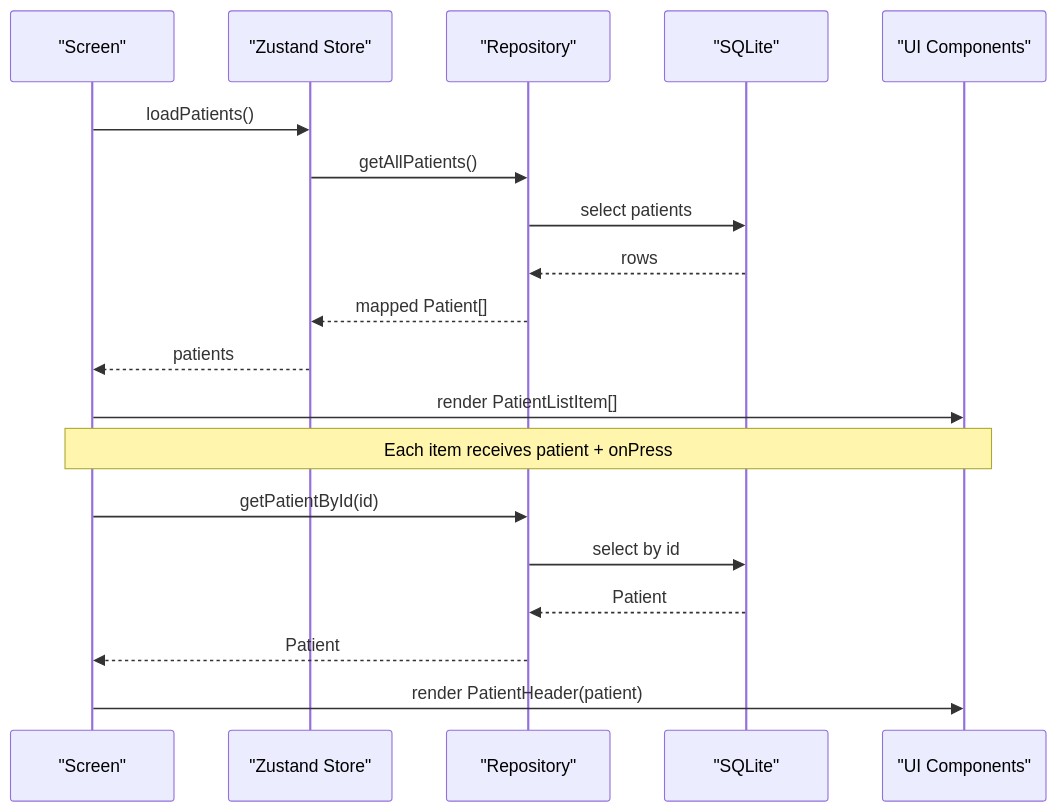
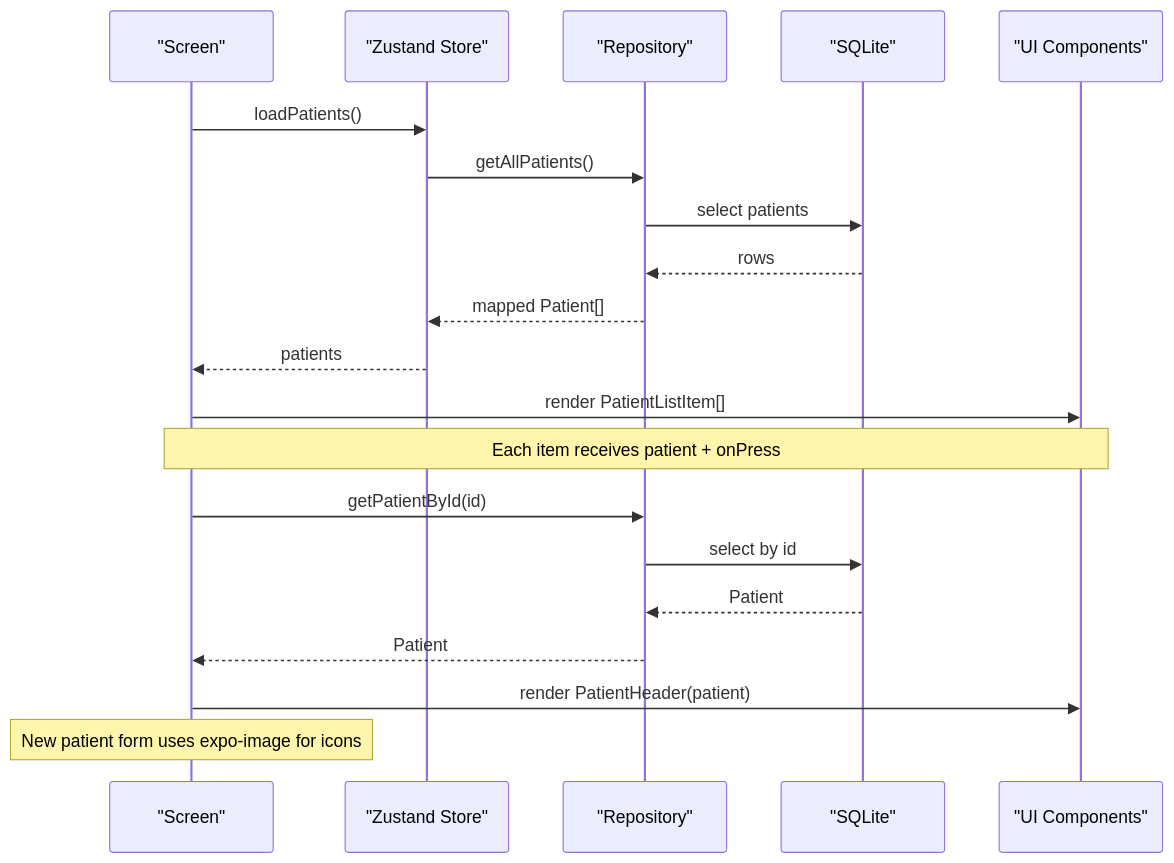
Before and after one commit to AdeelTahir-SE/DermSight: the second of 10 diagrams in .qoder/repowiki/en/content/Patient Management/UI Components.md, drawn with Mermaid. The commit also changed other lines of this file and 19 other files, not shown here.

````diff
--- a/.qoder/repowiki/en/content/Patient Management/UI Components.md
+++ b/.qoder/repowiki/en/content/Patient Management/UI Components.md
@@ -120,21 +144,22 @@
 ```mermaid
 sequenceDiagram
 participant Screen as "Screen"
 participant Store as "Zustand Store"
 participant Repo as "Repository"
 participant DB as "SQLite"
 participant Comp as "UI Components"
 Screen->>Store : loadPatients()
 Store->>Repo : getAllPatients()
 Repo->>DB : select patients
 DB-->>Repo : rows
 Repo-->>Store : mapped Patient[]
 Store-->>Screen : patients
 Screen->>Comp : render PatientListItem[]
 Note over Screen,Comp : Each item receives patient + onPress
 Screen->>Repo : getPatientById(id)
 Repo->>DB : select by id
 DB-->>Repo : Patient
 Repo-->>Screen : Patient
 Screen->>Comp : render PatientHeader(patient)
+Note over Screen : New patient form uses expo-image for icons
 ```
````
